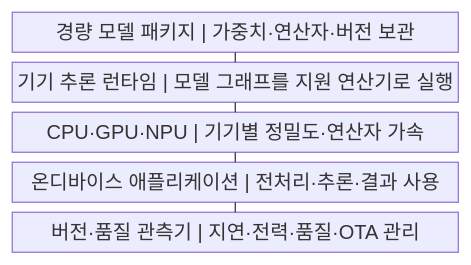
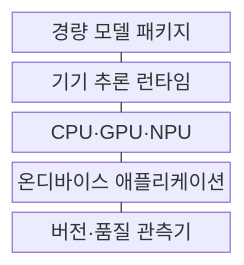
The first of 2 diagrams in src/content/docs/notes/03-software/208_on_device_model_deployment.md (agnusdei1207/knowledge-base), drawn with Mermaid before and after one commit. The commit also changed other lines of this file and 238 other files, not shown here.

````diff
--- a/src/content/docs/notes/03-software/208_on_device_model_deployment.md
+++ b/src/content/docs/notes/03-software/208_on_device_model_deployment.md
@@ -55,13 +55,13 @@
 ```mermaid
-block
+block-beta
     columns 1
-    A["경량 모델 패키지 | 가중치·연산자·버전 보관"]
-    B["기기 추론 런타임 | 모델 그래프를 지원 연산기로 실행"]
-    C["CPU·GPU·NPU | 기기별 정밀도·연산자 가속"]
-    D["온디바이스 애플리케이션 | 전처리·추론·결과 사용"]
-    E["버전·품질 관측기 | 지연·전력·품질·OTA 관리"]
+    A["경량 모델 패키지"]
+    B["기기 추론 런타임"]
+    C["CPU·GPU·NPU"]
+    D["온디바이스 애플리케이션"]
+    E["버전·품질 관측기"]
     A --- B
     B --- C
     C --- D
     D --- E
 ```
````
